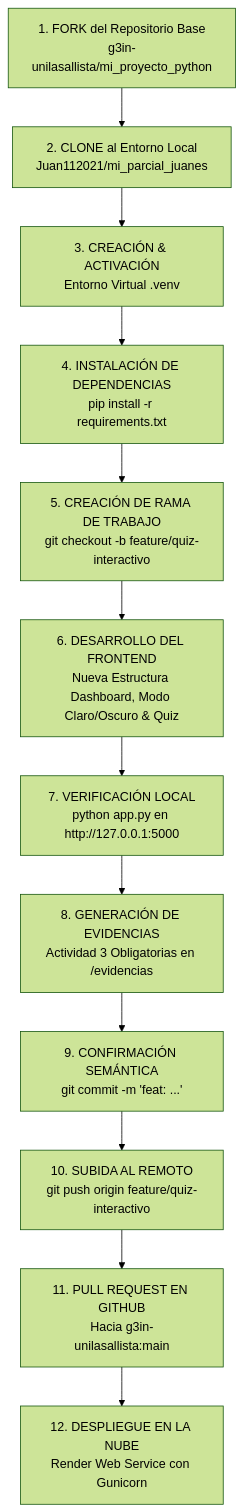
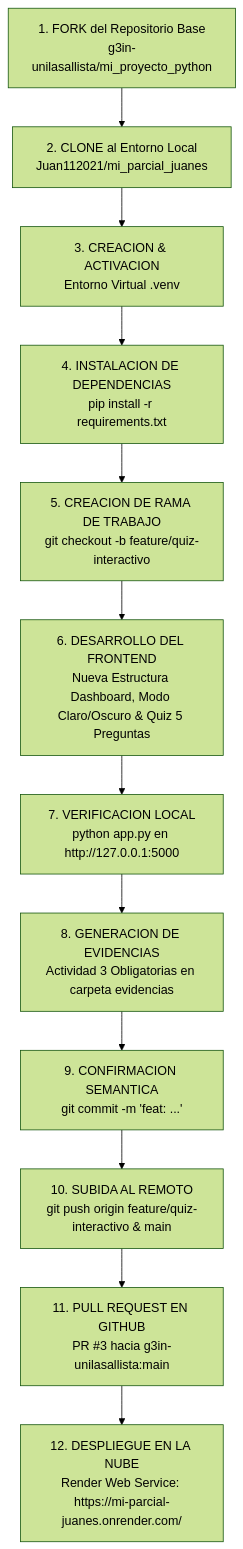
Before and after one commit to Juan112021/mi_parcial_juanes: the diagram in README.md, drawn with Mermaid (forest theme). The commit also changed other lines of this file, not shown here.

Commit message:
docs: actualizacion de README con URLs de Render, GitHub, Pull Request #3 y eliminacion de emojis

````diff
--- a/README.md
+++ b/README.md
@@ -166,14 +182,14 @@
 ```mermaid
 flowchart TD
     A[1. FORK del Repositorio Base\ng3in-unilasallista/mi_proyecto_python] --> B[2. CLONE al Entorno Local\nJuan112021/mi_parcial_juanes]
-    B --> C[3. CREACIÓN & ACTIVACIÓN\nEntorno Virtual .venv]
-    C --> D[4. INSTALACIÓN DE DEPENDENCIAS\npip install -r requirements.txt]
-    D --> E[5. CREACIÓN DE RAMA DE TRABAJO\ngit checkout -b feature/quiz-interactivo]
-    E --> F[6. DESARROLLO DEL FRONTEND\nNueva Estructura Dashboard, Modo Claro/Oscuro & Quiz]
-    F --> G[7. VERIFICACIÓN LOCAL\npython app.py en http://127.0.0.1:5000]
-    G --> H[8. GENERACIÓN DE EVIDENCIAS\nActividad 3 Obligatorias en /evidencias]
-    H --> I[9. CONFIRMACIÓN SEMÁNTICA\ngit commit -m 'feat: ...']
-    I --> J[10. SUBIDA AL REMOTO\ngit push origin feature/quiz-interactivo]
-    J --> K[11. PULL REQUEST EN GITHUB\nHacia g3in-unilasallista:main]
-    K --> L[12. DESPLIEGUE EN LA NUBE\nRender Web Service con Gunicorn]
+    B --> C[3. CREACION & ACTIVACION\nEntorno Virtual .venv]
+    C --> D[4. INSTALACION DE DEPENDENCIAS\npip install -r requirements.txt]
+    D --> E[5. CREACION DE RAMA DE TRABAJO\ngit checkout -b feature/quiz-interactivo]
+    E --> F[6. DESARROLLO DEL FRONTEND\nNueva Estructura Dashboard, Modo Claro/Oscuro & Quiz 5 Preguntas]
+    F --> G[7. VERIFICACION LOCAL\npython app.py en http://127.0.0.1:5000]
+    G --> H[8. GENERACION DE EVIDENCIAS\nActividad 3 Obligatorias en carpeta evidencias]
+    H --> I[9. CONFIRMACION SEMANTICA\ngit commit -m 'feat: ...']
+    I --> J[10. SUBIDA AL REMOTO\ngit push origin feature/quiz-interactivo & main]
+    J --> K[11. PULL REQUEST EN GITHUB\nPR #3 hacia g3in-unilasallista:main]
+    K --> L[12. DESPLIEGUE EN LA NUBE\nRender Web Service: https://mi-parcial-juanes.onrender.com/]
 ```
````
